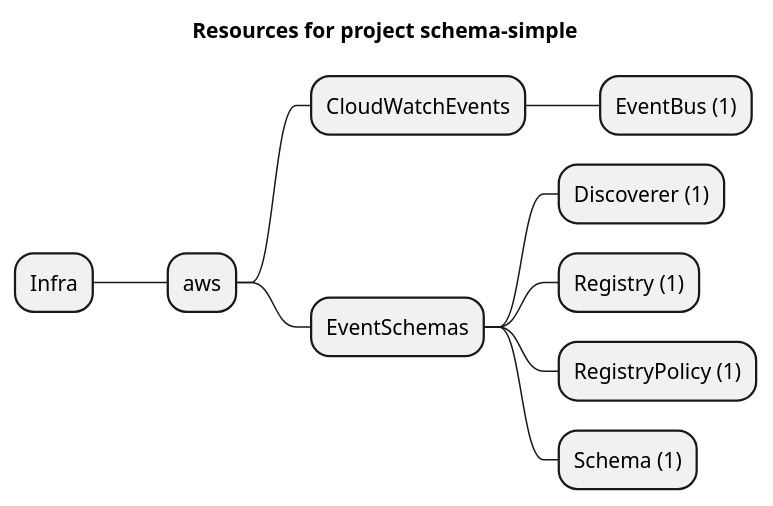
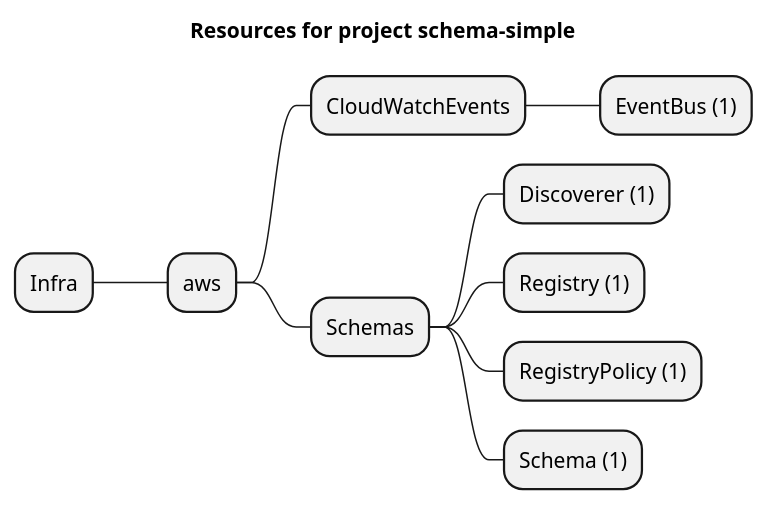
One commit to grucloud/grucloud changed the diagram in examples/aws/Schema/schema-simple/artifacts/resources-mindmap.puml. Above: the diagram before and after it, drawn with PlantUML. The commit also changed 14 other files, not shown here.

Commit message:
EventSchemas => Schemas

```diff
--- a/examples/aws/Schema/schema-simple/artifacts/resources-mindmap.puml
+++ b/examples/aws/Schema/schema-simple/artifacts/resources-mindmap.puml
@@ -1,13 +1,13 @@
 @startmindmap
 title Resources for project schema-simple
 skinparam monochrome true
 + Infra
 ++ aws
 +++ CloudWatchEvents
 ++++ EventBus (1)
-+++ EventSchemas
++++ Schemas
 ++++ Discoverer (1)
 ++++ Registry (1)
 ++++ RegistryPolicy (1)
 ++++ Schema (1)
 @endmindmap
```
